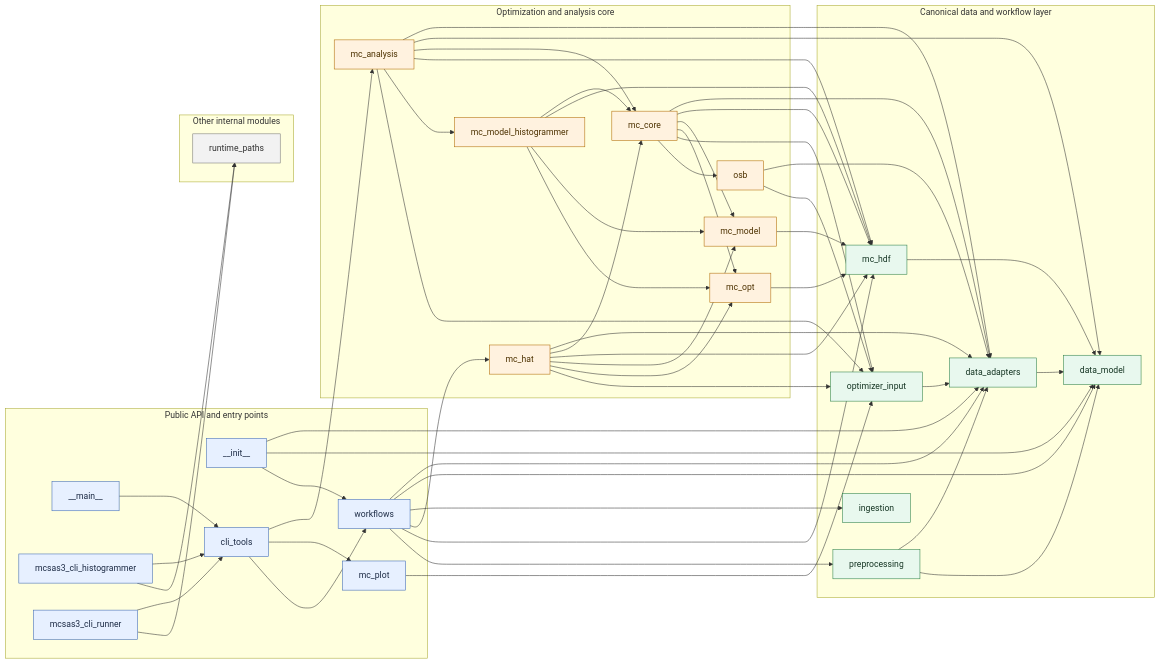
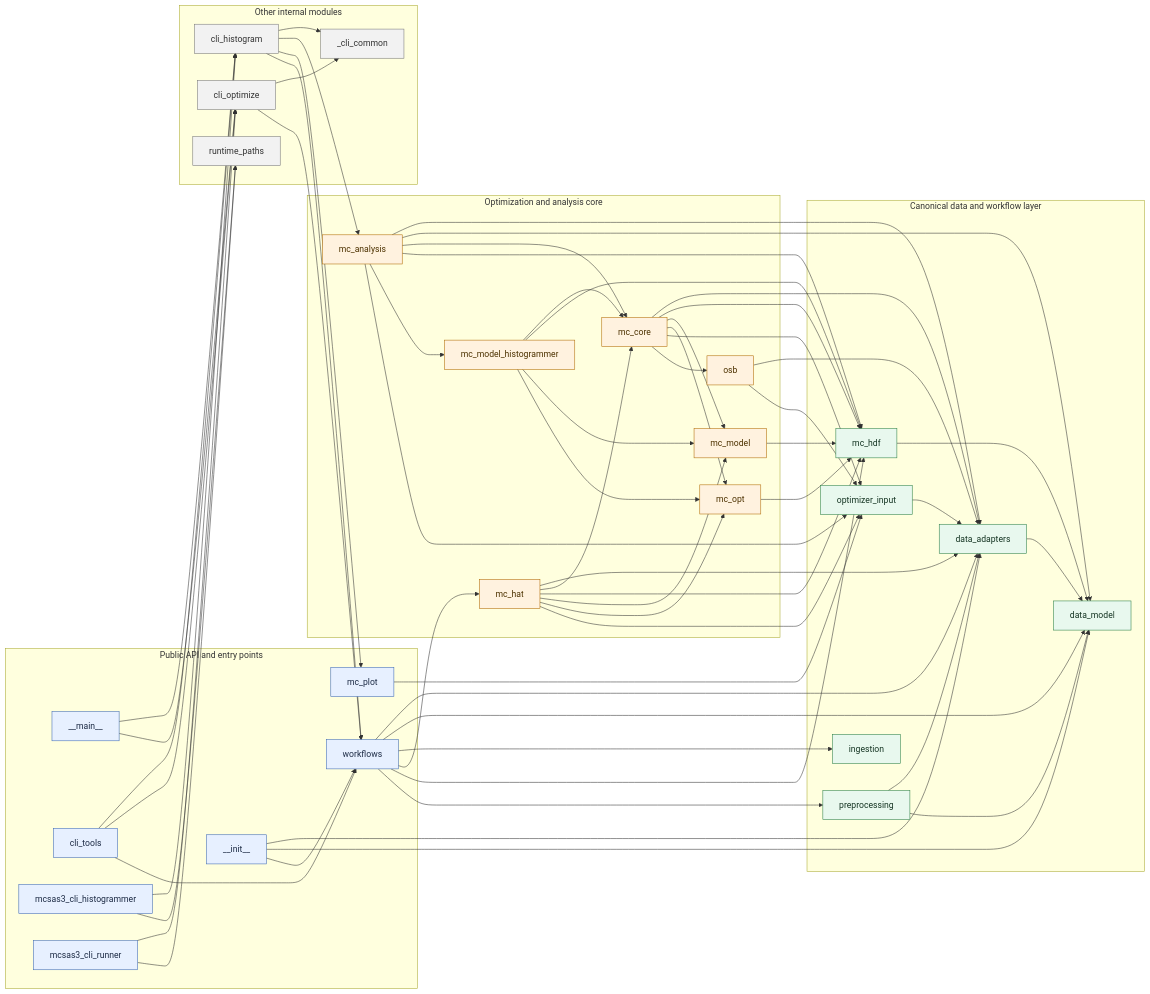
Before and after one commit to BAMresearch/McSAS3: the diagram in design_documentation/generated_module_dependencies.md, drawn with Mermaid. The commit also changed 14 other files, not shown here.

````diff
--- a/design_documentation/generated_module_dependencies.md
+++ b/design_documentation/generated_module_dependencies.md
@@ -35,14 +35,24 @@
     module_osb["osb"]
   end
   subgraph module_Other internal modules["Other internal modules"]
+    module__cli_common["_cli_common"]
+    module_cli_histogram["cli_histogram"]
+    module_cli_optimize["cli_optimize"]
     module_runtime_paths["runtime_paths"]
   end
   module___init__ --> module_data_adapters
   module___init__ --> module_data_model
   module___init__ --> module_workflows
-  module___main__ --> module_cli_tools
-  module_cli_tools --> module_mc_analysis
-  module_cli_tools --> module_mc_plot
+  module___main__ --> module_cli_histogram
+  module___main__ --> module_cli_optimize
+  module_cli_histogram --> module__cli_common
+  module_cli_histogram --> module_mc_analysis
+  module_cli_histogram --> module_mc_plot
+  module_cli_histogram --> module_workflows
+  module_cli_optimize --> module__cli_common
+  module_cli_optimize --> module_workflows
+  module_cli_tools --> module_cli_histogram
+  module_cli_tools --> module_cli_optimize
   module_cli_tools --> module_workflows
   module_data_adapters --> module_data_model
   module_mc_analysis --> module_data_adapters
@@ -71,9 +81,9 @@
   module_mc_model_histogrammer --> module_mc_opt
   module_mc_opt --> module_mc_hdf
   module_mc_plot --> module_optimizer_input
-  module_mcsas3_cli_histogrammer --> module_cli_tools
+  module_mcsas3_cli_histogrammer --> module_cli_histogram
   module_mcsas3_cli_histogrammer --> module_runtime_paths
-  module_mcsas3_cli_runner --> module_cli_tools
+  module_mcsas3_cli_runner --> module_cli_optimize
   module_mcsas3_cli_runner --> module_runtime_paths
   module_optimizer_input --> module_data_adapters
   module_osb --> module_data_adapters
@@ -93,5 +103,5 @@
   class module___init__,module___main__,module_cli_tools,module_mc_plot,module_mcsas3_cli_histogrammer,module_mcsas3_cli_runner,module_workflows public;
   class module_data_adapters,module_data_model,module_ingestion,module_mc_hdf,module_optimizer_input,module_preprocessing canonical;
   class module_mc_analysis,module_mc_core,module_mc_hat,module_mc_model,module_mc_model_histogrammer,module_mc_opt,module_osb core;
-  class module_runtime_paths other;
+  class module__cli_common,module_cli_histogram,module_cli_optimize,module_runtime_paths other;
 ```
````
